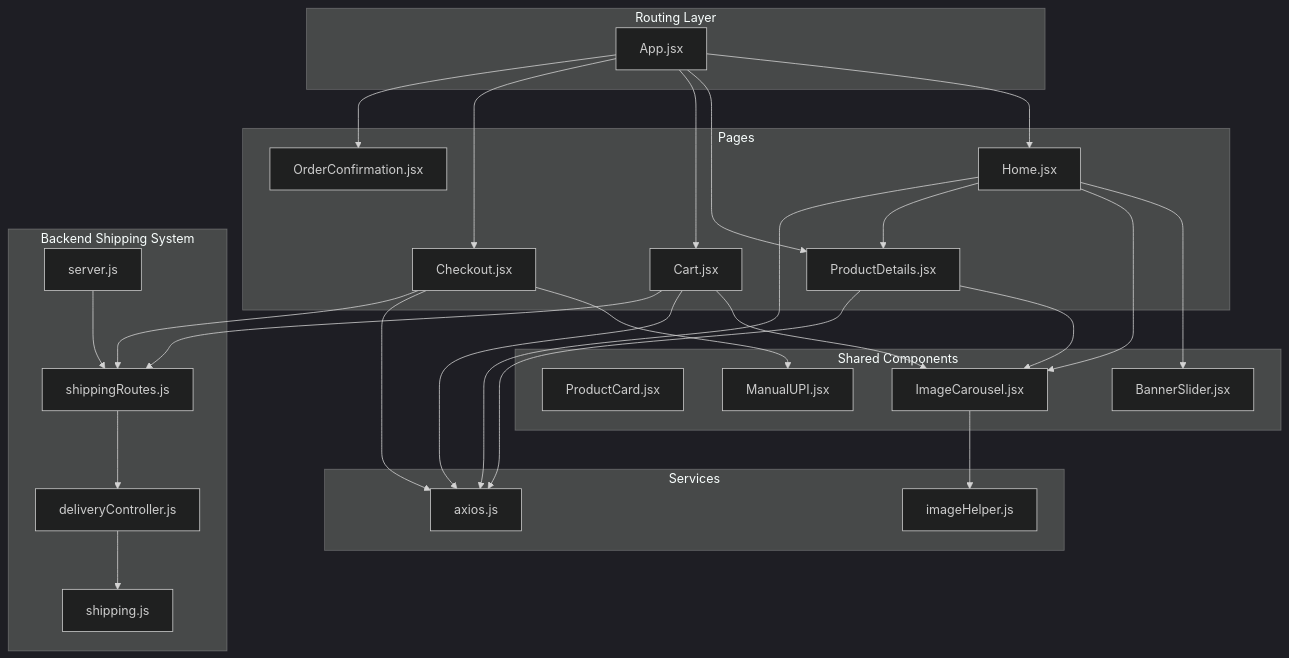
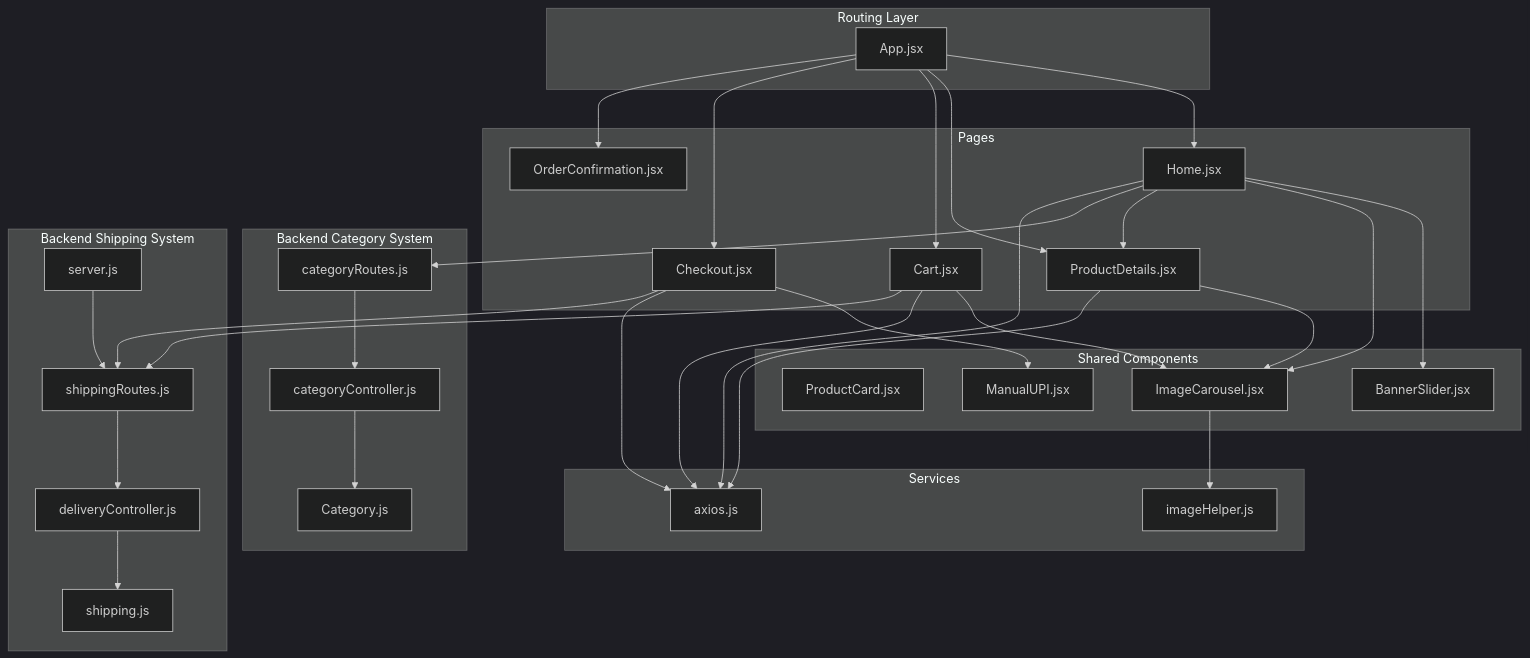
The first of 9 diagrams in .qoder/repowiki/en/content/Shopping Experience/Shopping Experience.md (Pavan-PSPK9032/TrendsandToss), drawn with Mermaid (dark theme) before and after one commit. The commit also changed other lines of this file and 9 other files, not shown here.

````diff
--- a/.qoder/repowiki/en/content/Shopping Experience/Shopping Experience.md
+++ b/.qoder/repowiki/en/content/Shopping Experience/Shopping Experience.md
@@ -54,50 +59,58 @@
 ```mermaid
 graph TB
 subgraph "Routing Layer"
 APP["App.jsx"]
 end
 subgraph "Pages"
 HOME["Home.jsx"]
 PDP["ProductDetails.jsx"]
 CART["Cart.jsx"]
 CHECKOUT["Checkout.jsx"]
 CONFIRM["OrderConfirmation.jsx"]
 end
 subgraph "Shared Components"
 PCARD["ProductCard.jsx"]
 CAROUSEL["ImageCarousel.jsx"]
 BANNER["BannerSlider.jsx"]
 UPI["ManualUPI.jsx"]
 end
 subgraph "Services"
 AXIOS["axios.js"]
 IMGHELP["imageHelper.js"]
 end
+subgraph "Backend Category System"
+CATROUTES["categoryRoutes.js"]
+CATCTRL["categoryController.js"]
+CATMODEL["Category.js"]
+end
 subgraph "Backend Shipping System"
 SHIPROUTES["shippingRoutes.js"]
 DELIVERYCTRL["deliveryController.js"]
 SHIPCONFIG["shipping.js"]
 SERVER["server.js"]
 end
 APP --> HOME
 APP --> PDP
 APP --> CART
 APP --> CHECKOUT
 APP --> CONFIRM
 HOME --> BANNER
 HOME --> CAROUSEL
 HOME --> PDP
+HOME --> CATROUTES
 PDP --> CAROUSEL
 CART --> CAROUSEL
 CHECKOUT --> UPI
 HOME --> AXIOS
 PDP --> AXIOS
 CART --> AXIOS
 CHECKOUT --> AXIOS
 CART --> SHIPROUTES
 CHECKOUT --> SHIPROUTES
+CATROUTES --> CATCTRL
+CATCTRL --> CATMODEL
 SHIPROUTES --> DELIVERYCTRL
 DELIVERYCTRL --> SHIPCONFIG
 SERVER --> SHIPROUTES
 CAROUSEL --> IMGHELP
 ```
````
